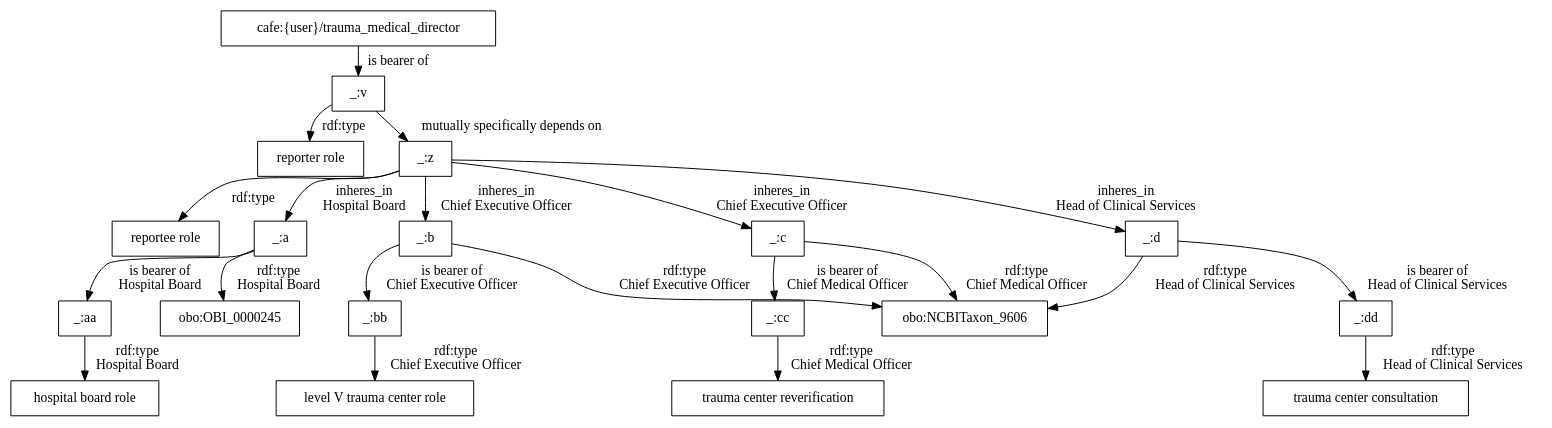
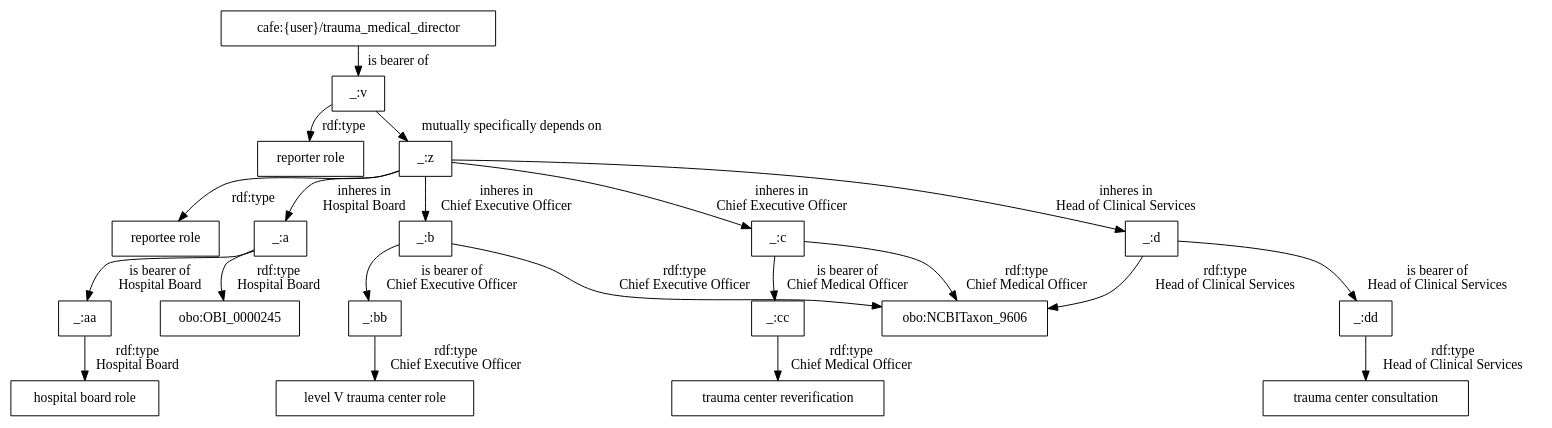
Before and after one commit to utecht/dideo-server: the diagram in cafe/graphs/138.dot, drawn with Graphviz. The commit also changed 9 other files, not shown here.

Commit message:
update generate graphs to remove fake predicates

```diff
--- a/cafe/graphs/138.dot
+++ b/cafe/graphs/138.dot
@@ -1,39 +1,39 @@
 digraph g { node [shape=rectangle];
 graph [splines=true, nodesep=.5, ranksep=0, overlap=false];
 "cafe:{user}/trauma_medical_director" -> "_:v" [label="is bearer of"]
 "_:v" -> "reporter role" [label="rdf:type"]
 "_:v" -> "_:z" [label="mutually specifically depends on"]
 "_:z" -> "reportee role" [label="rdf:type"]
 "_:a" -> "_:aa" [label="is bearer of
 Hospital Board"]
 "_:a" -> "obo:OBI_0000245" [label="rdf:type
 Hospital Board"]
 "_:aa" -> "hospital board role" [label="rdf:type
 Hospital Board"]
 "_:bb" -> "level V trauma center role" [label="rdf:type
 Chief Executive Officer"]
 "_:dd" -> "trauma center consultation" [label="rdf:type
 Head of Clinical Services"]
 "_:cc" -> "trauma center reverification" [label="rdf:type
 Chief Medical Officer"]
 "_:b" -> "_:bb" [label="is bearer of
 Chief Executive Officer"]
 "_:c" -> "_:cc" [label="is bearer of
 Chief Medical Officer"]
 "_:d" -> "_:dd" [label="is bearer of
 Head of Clinical Services"]
 "_:b" -> "obo:NCBITaxon_9606" [label="rdf:type
 Chief Executive Officer"]
 "_:c" -> "obo:NCBITaxon_9606" [label="rdf:type
 Chief Medical Officer"]
 "_:d" -> "obo:NCBITaxon_9606" [label="rdf:type
 Head of Clinical Services"]
-"_:z" -> "_:b" [label="inheres_in
+"_:z" -> "_:b" [label="inheres in
 Chief Executive Officer"]
-"_:z" -> "_:c" [label="inheres_in
+"_:z" -> "_:c" [label="inheres in
 Chief Executive Officer"]
-"_:z" -> "_:d" [label="inheres_in
+"_:z" -> "_:d" [label="inheres in
 Head of Clinical Services"]
-"_:z" -> "_:a" [label="inheres_in
+"_:z" -> "_:a" [label="inheres in
 Hospital Board"]
 }
```
